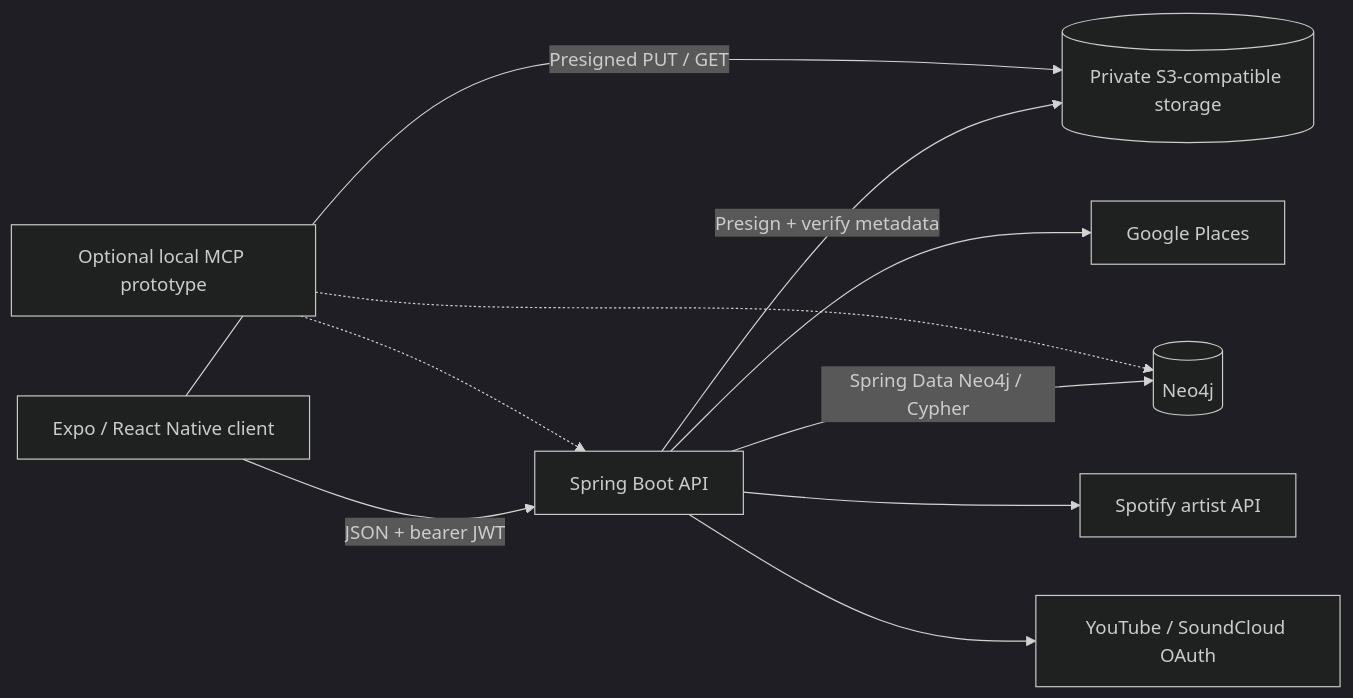
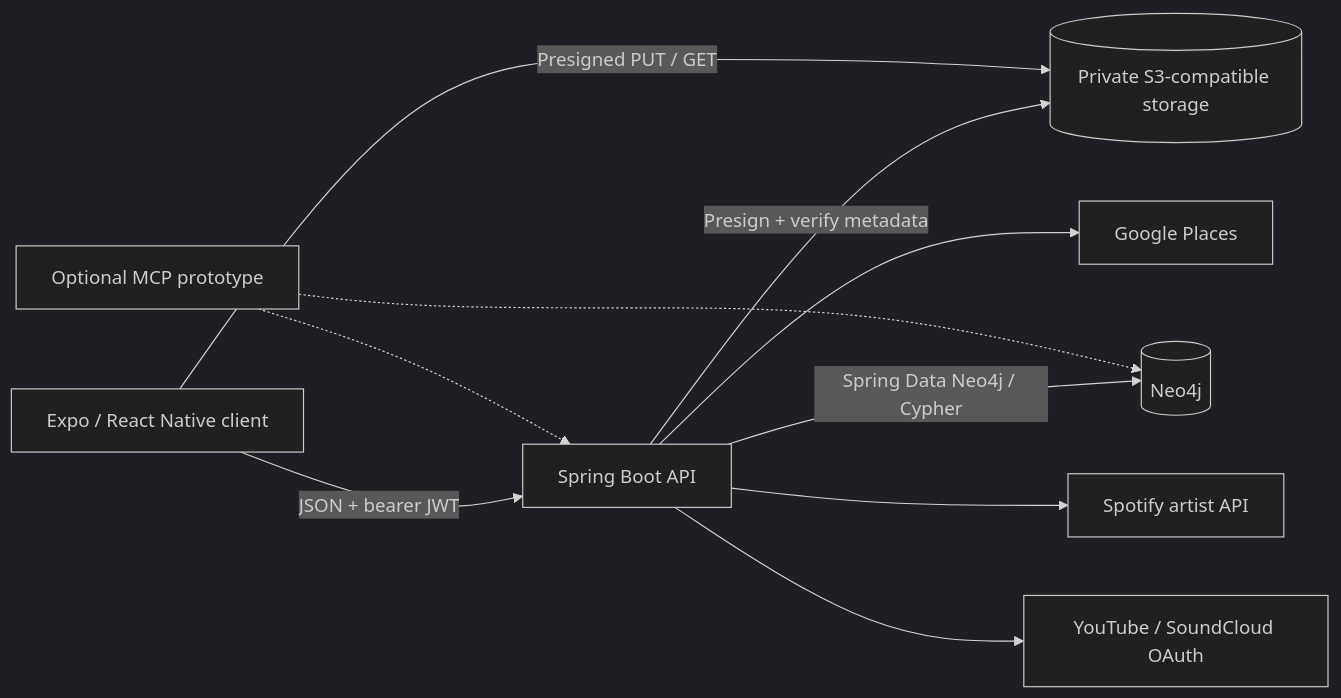
One commit to AbslanLaverde/MVPConnect changed the diagram in docs/ARCHITECTURE.md. Above: the diagram before and after it, drawn with Mermaid (dark theme). The commit also changed other lines of this file and 19 other files, not shown here.

````diff
--- a/docs/ARCHITECTURE.md
+++ b/docs/ARCHITECTURE.md
@@ -7,12 +7,12 @@
 ```mermaid
 flowchart LR
     App[Expo / React Native client] -->|JSON + bearer JWT| API[Spring Boot API]
     API -->|Spring Data Neo4j / Cypher| Graph[(Neo4j)]
     API -->|Presign + verify metadata| Storage[(Private S3-compatible storage)]
     App -->|Presigned PUT / GET| Storage
     API --> Places[Google Places]
     API --> Spotify[Spotify artist API]
     API --> OAuth[YouTube / SoundCloud OAuth]
-    MCP[Optional local MCP prototype] -.-> Graph
+    MCP[Optional MCP prototype] -.-> Graph
     MCP -.-> API
 ```
````
